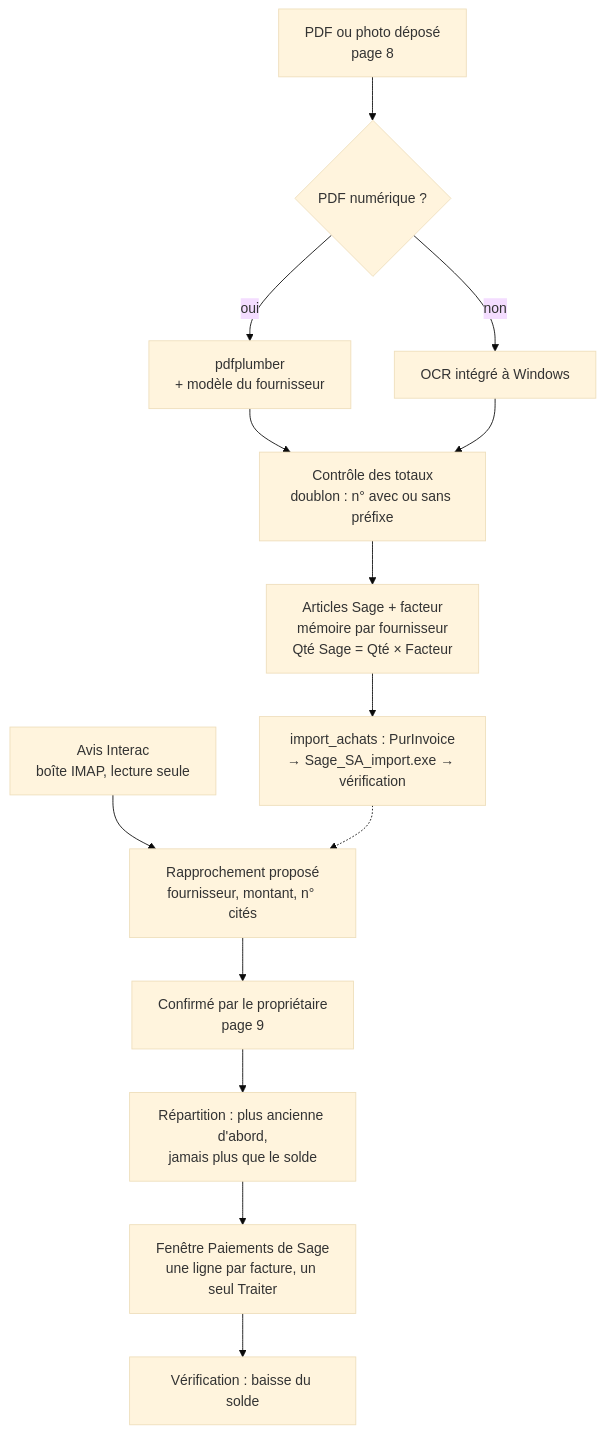
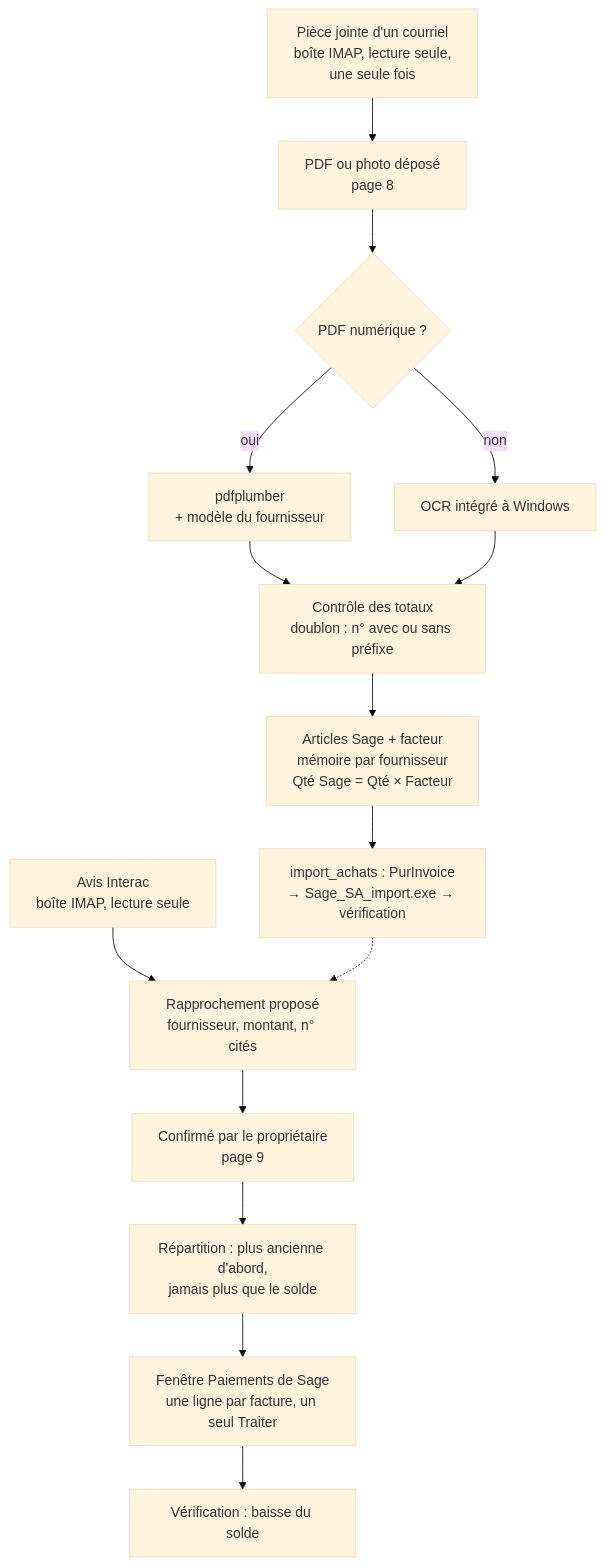
The seventh of 13 diagrams in ARCHITECTURE.md (mteingueng-dot/MVOGMBI_Sync_2026.1), drawn with Mermaid (base theme) before and after one commit. The commit also changed other lines of this file and 32 other files, not shown here.

````diff
--- a/ARCHITECTURE.md
+++ b/ARCHITECTURE.md
@@ -252,15 +254,16 @@
 ```mermaid
 flowchart TD
+    P0["Pièce jointe d'un courriel<br/>boîte IMAP, lecture seule,<br/>une seule fois"] --> P1
     P1["PDF ou photo déposé<br/>page 8"] --> P2{"PDF numérique ?"}
     P2 -- oui --> P3["pdfplumber<br/>+ modèle du fournisseur"]
     P2 -- non --> P4["OCR intégré à Windows"]
     P3 & P4 --> P5["Contrôle des totaux<br/>doublon : n° avec ou sans préfixe"]
     P5 --> P6["Articles Sage + facteur<br/>mémoire par fournisseur<br/>Qté Sage = Qté × Facteur"]
     P6 --> P7["import_achats : PurInvoice<br/>→ Sage_SA_import.exe → vérification"]
     M1["Avis Interac<br/>boîte IMAP, lecture seule"] --> M2["Rapprochement proposé<br/>fournisseur, montant, n° cités"]
     M2 --> M3["Confirmé par le propriétaire<br/>page 9"]
     M3 --> M4["Répartition : plus ancienne d'abord,<br/>jamais plus que le solde"]
     M4 --> M5["Fenêtre Paiements de Sage<br/>une ligne par facture, un seul Traiter"]
     M5 --> M6["Vérification : baisse du solde"]
     P7 -.-> M2
 ```
````
